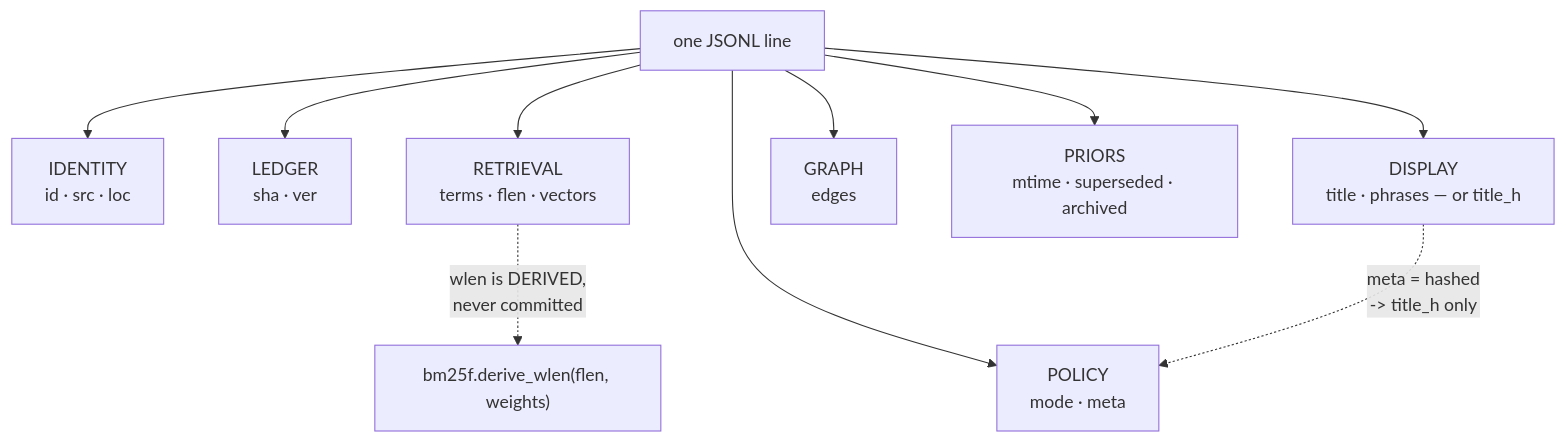
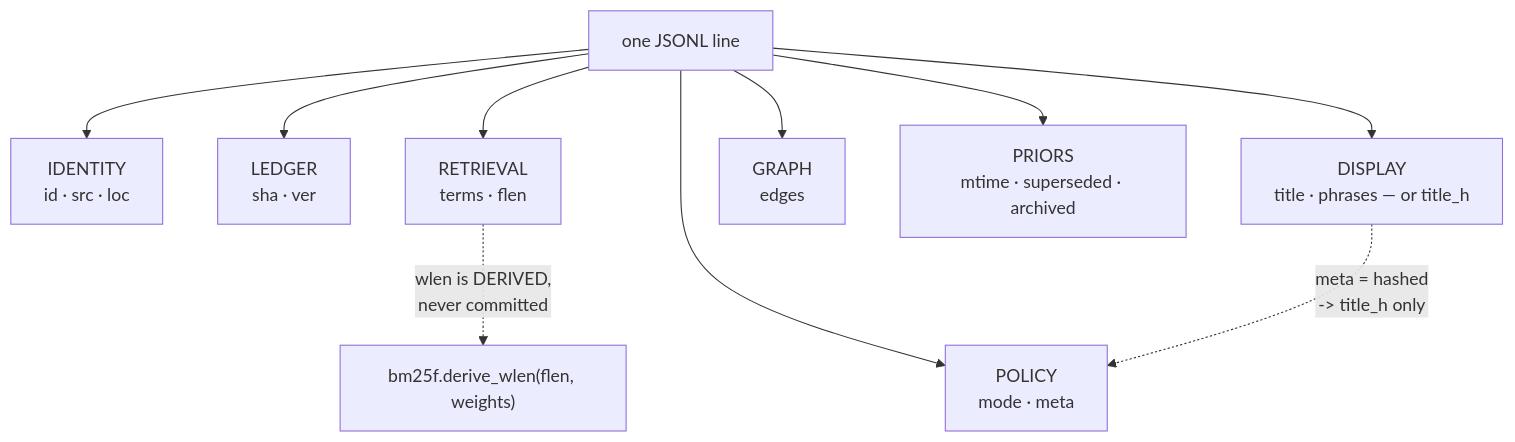
Before and after one commit to arpitarya/fux: the diagram in docs/adr/0010_index-record.md, drawn with Mermaid. The commit also changed other lines of this file and 442 other files, not shown here.

````diff
--- a/docs/adr/0010_index-record.md
+++ b/docs/adr/0010_index-record.md
@@ -100,12 +47,12 @@
 ```mermaid
 flowchart TD
     L["one JSONL line"] --> ID["IDENTITY<br/>id · src · loc"]
     L --> LED["LEDGER<br/>sha · ver"]
-    L --> RET["RETRIEVAL<br/>terms · flen · vectors"]
+    L --> RET["RETRIEVAL<br/>terms · flen"]
     L --> DIS["DISPLAY<br/>title · phrases  — or  title_h"]
     L --> GRA["GRAPH<br/>edges"]
     L --> PRI["PRIORS<br/>mtime · superseded · archived"]
     L --> POL["POLICY<br/>mode · meta"]
     DIS -.->|"meta = hashed<br/>-> title_h only"| POL
     RET -.->|"wlen is DERIVED,<br/>never committed"| WL["bm25f.derive_wlen(flen, weights)"]
 ```
````
